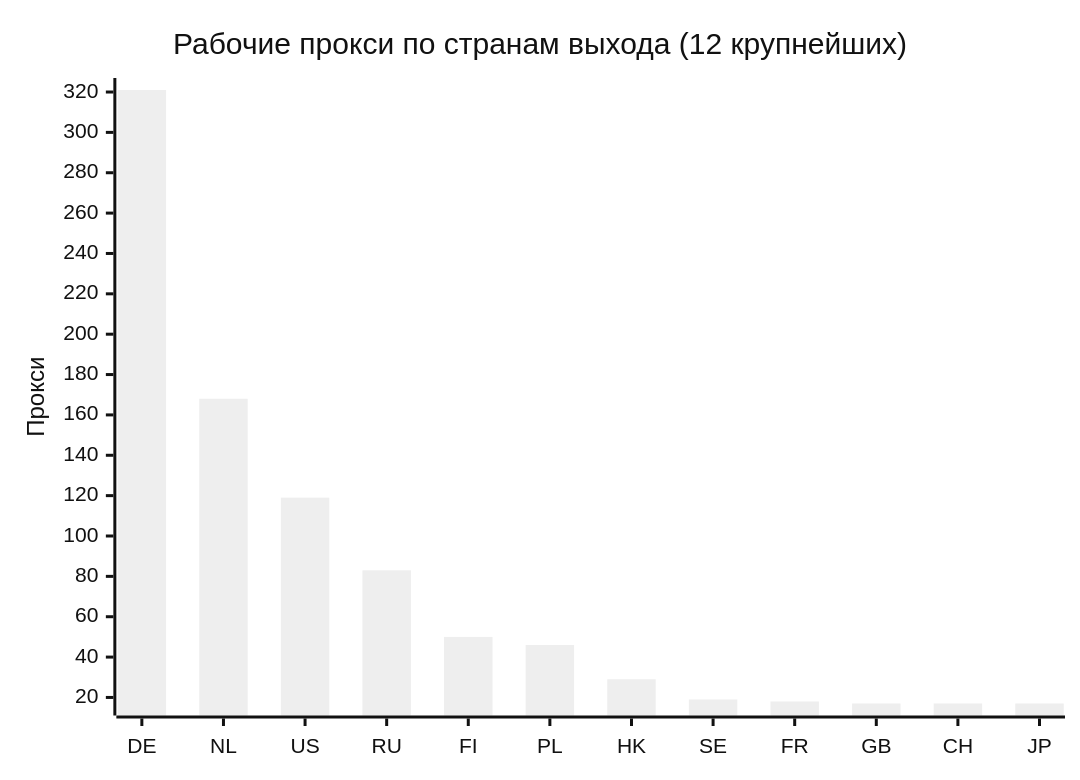
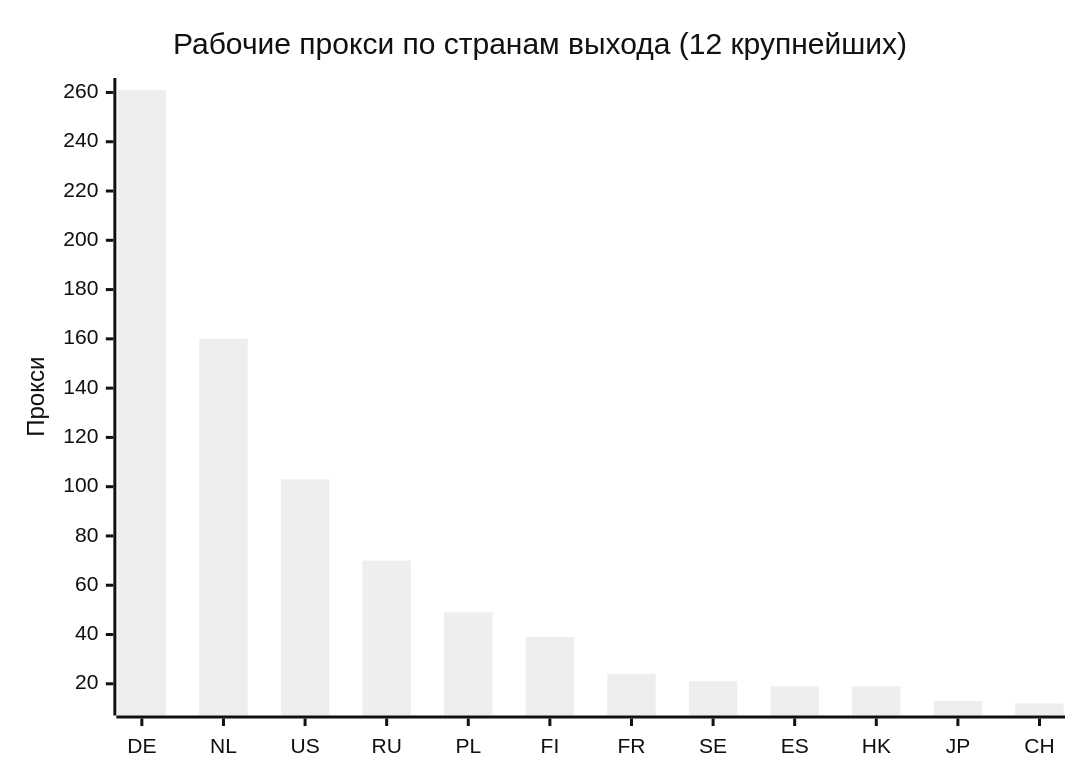
One commit to rvvg/proxy-subs changed the second of 4 diagrams in README.md. Above: the diagram before and after it, drawn with Mermaid (neutral theme). The commit also changed other lines of this file and 51 other files, not shown here.

````diff
--- a/README.md
+++ b/README.md
@@ -132,7 +130,7 @@
 ```mermaid
 xychart-beta
     title "Рабочие прокси по странам выхода (12 крупнейших)"
-    x-axis ["DE", "NL", "US", "RU", "FI", "PL", "HK", "SE", "FR", "GB", "CH", "JP"]
+    x-axis ["DE", "NL", "US", "RU", "PL", "FI", "FR", "SE", "ES", "HK", "JP", "CH"]
     y-axis "Прокси"
-    bar [321, 168, 119, 83, 50, 46, 29, 19, 18, 17, 17, 17]
+    bar [261, 160, 103, 70, 49, 39, 24, 21, 19, 19, 13, 12]
 ```
````
